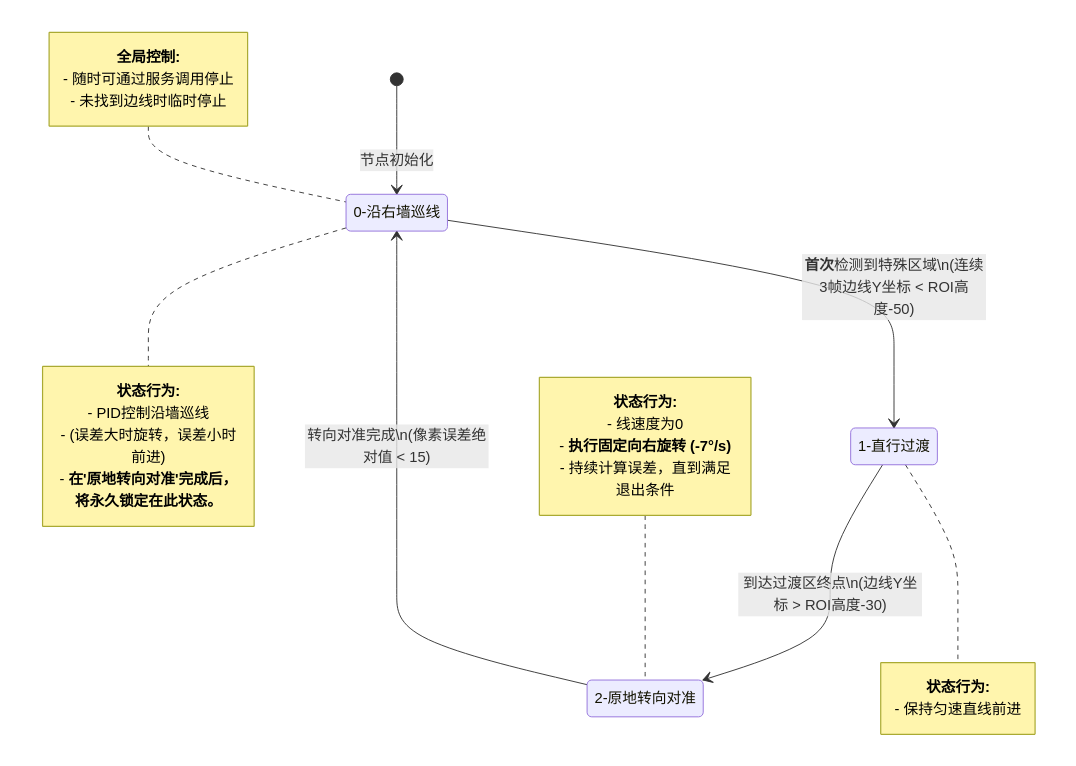
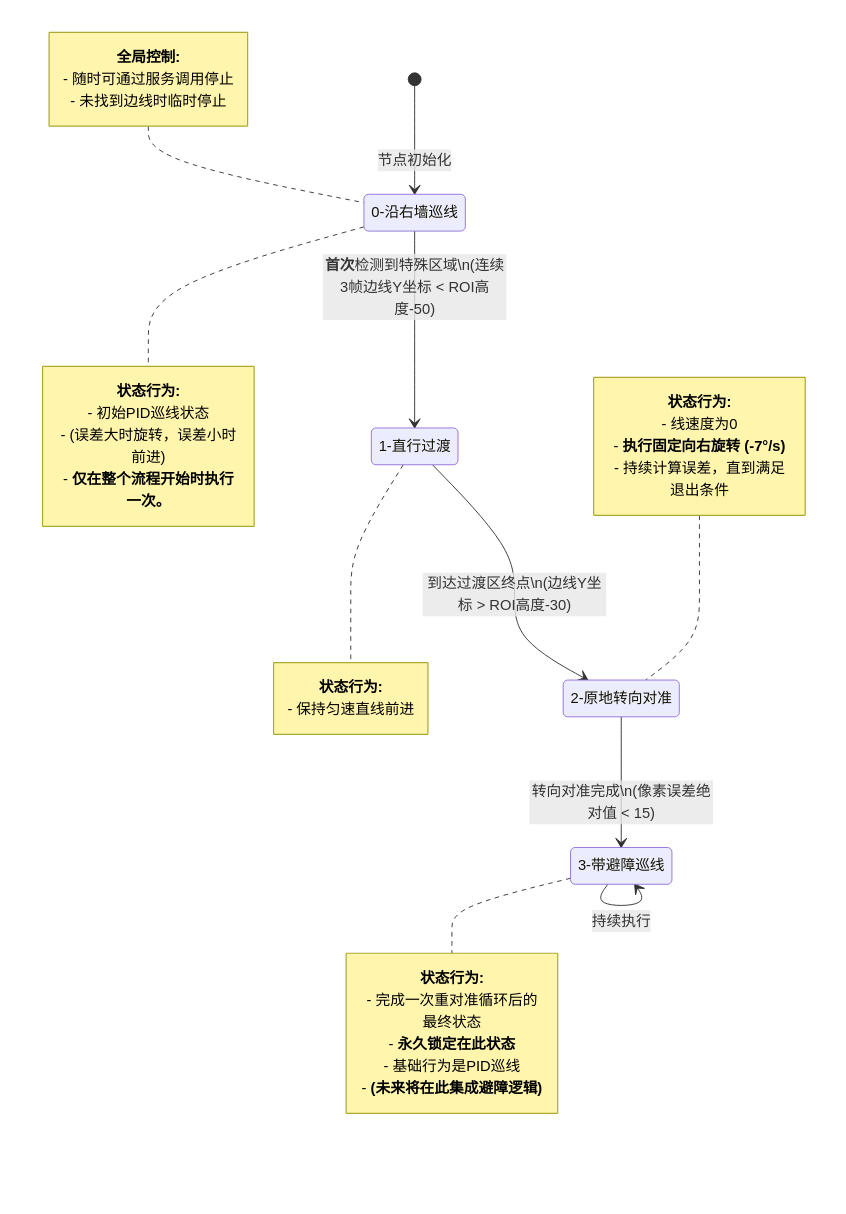
Before and after one commit to Abaabaxx/UCAR-FOLLOW-LINE: the diagram in my_try/八邻域+FTW/mermaid/FTW_right.md, drawn with Mermaid. The commit also changed 1 other file, not shown here.

Commit message:
避障：更新原先纯巡线的状态机，带上了避障的状态

````diff
--- a/my_try/八邻域+FTW/mermaid/FTW_right.md
+++ b/my_try/八邻域+FTW/mermaid/FTW_right.md
@@ -1,44 +1,55 @@
 ```mermaid
 stateDiagram-v2
     %% 状态定义
     FOLLOW_RIGHT: 0-沿右墙巡线
     STRAIGHT_TRANSITION: 1-直行过渡
     ROTATE_ALIGNMENT: 2-原地转向对准
+    FOLLOW_RIGHT_WITH_AVOIDANCE: 3-带避障巡线
     
     %% 定义初始状态
     [*] --> FOLLOW_RIGHT: 节点初始化
 
     %% 状态转换
     FOLLOW_RIGHT --> STRAIGHT_TRANSITION: <b>首次</b>检测到特殊区域\n(连续3帧边线Y坐标 < ROI高度-50)
     STRAIGHT_TRANSITION --> ROTATE_ALIGNMENT: 到达过渡区终点\n(边线Y坐标 > ROI高度-30)
-    ROTATE_ALIGNMENT --> FOLLOW_RIGHT: 转向对准完成\n(像素误差绝对值 < 15)
+    ROTATE_ALIGNMENT --> FOLLOW_RIGHT_WITH_AVOIDANCE: 转向对准完成\n(像素误差绝对值 < 15)
+    FOLLOW_RIGHT_WITH_AVOIDANCE --> FOLLOW_RIGHT_WITH_AVOIDANCE: 持续执行
     
     %% 沿墙巡线状态说明
     note right of FOLLOW_RIGHT
         <b>状态行为:</b>
-        - PID控制沿墙巡线
+        - 初始PID巡线状态
         - (误差大时旋转，误差小时前进)
-        - <b>在'原地转向对准'完成后，<br/>将永久锁定在此状态。</b>
+        - <b>仅在整个流程开始时执行一次。</b>
     end note
     
     %% 直行过渡状态说明
     note right of STRAIGHT_TRANSITION
         <b>状态行为:</b>
         - 保持匀速直线前进
     end note
 
     %% 原地转向对准状态说明
     note left of ROTATE_ALIGNMENT
         <b>状态行为:</b>
         - 线速度为0
         - <b>执行固定向右旋转 (-7°/s)</b>
         - 持续计算误差，直到满足退出条件
     end note
 
+    %% 带避障巡线状态说明
+    note right of FOLLOW_RIGHT_WITH_AVOIDANCE
+        <b>状态行为:</b>
+        - 完成一次重对准循环后的最终状态
+        - <b>永久锁定在此状态</b>
+        - 基础行为是PID巡线
+        - <b>(未来将在此集成避障逻辑)</b>
+    end note
+
     %% 全局控制说明
     note left of FOLLOW_RIGHT
         <b>全局控制:</b>
         - 随时可通过服务调用停止
         - 未找到边线时临时停止
     end note
 ```
````
